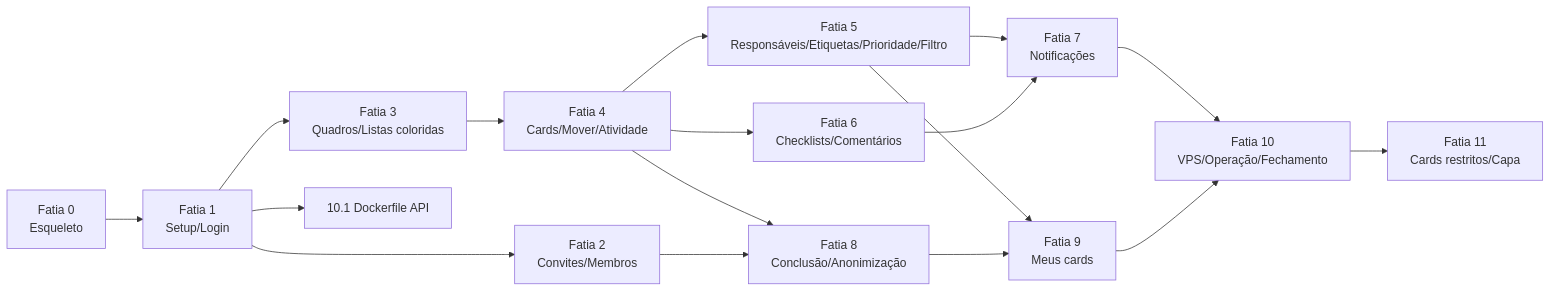
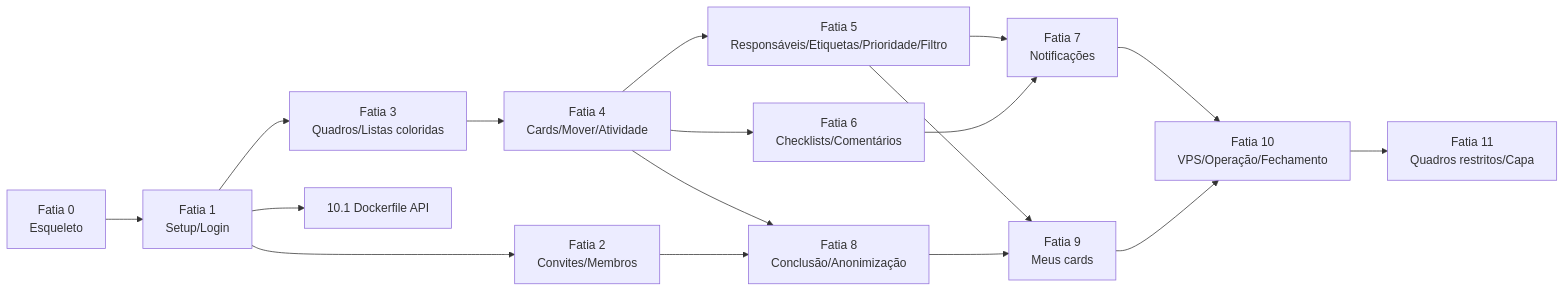
The diagram in docs/architecture/plan.md (raphasparda/Ronin-End), drawn with Mermaid before and after one commit. The commit also changed other lines of this file and 79 other files, not shown here.

Commit message:
Base ronin fatia 11, capa e permissão do quadro

````diff
--- a/docs/architecture/plan.md
+++ b/docs/architecture/plan.md
@@ -204,19 +212,19 @@
 ```mermaid
 flowchart LR
   F0[Fatia 0<br/>Esqueleto] --> F1[Fatia 1<br/>Setup/Login]
   F1 --> F2[Fatia 2<br/>Convites/Membros]
   F1 --> F3[Fatia 3<br/>Quadros/Listas coloridas]
   F3 --> F4[Fatia 4<br/>Cards/Mover/Atividade]
   F4 --> F5[Fatia 5<br/>Responsáveis/Etiquetas/Prioridade/Filtro]
   F4 --> F6[Fatia 6<br/>Checklists/Comentários]
   F4 --> F8[Fatia 8<br/>Conclusão/Anonimização]
   F2 --> F8
   F5 --> F7[Fatia 7<br/>Notificações]
   F6 --> F7
   F5 --> F9[Fatia 9<br/>Meus cards]
   F8 --> F9
   F1 --> F10a[10.1 Dockerfile API]
   F7 --> F10[Fatia 10<br/>VPS/Operação/Fechamento]
   F9 --> F10
-  F10 --> F11[Fatia 11<br/>Cards restritos/Capa]
+  F10 --> F11[Fatia 11<br/>Quadros restritos/Capa]
 ```
````
